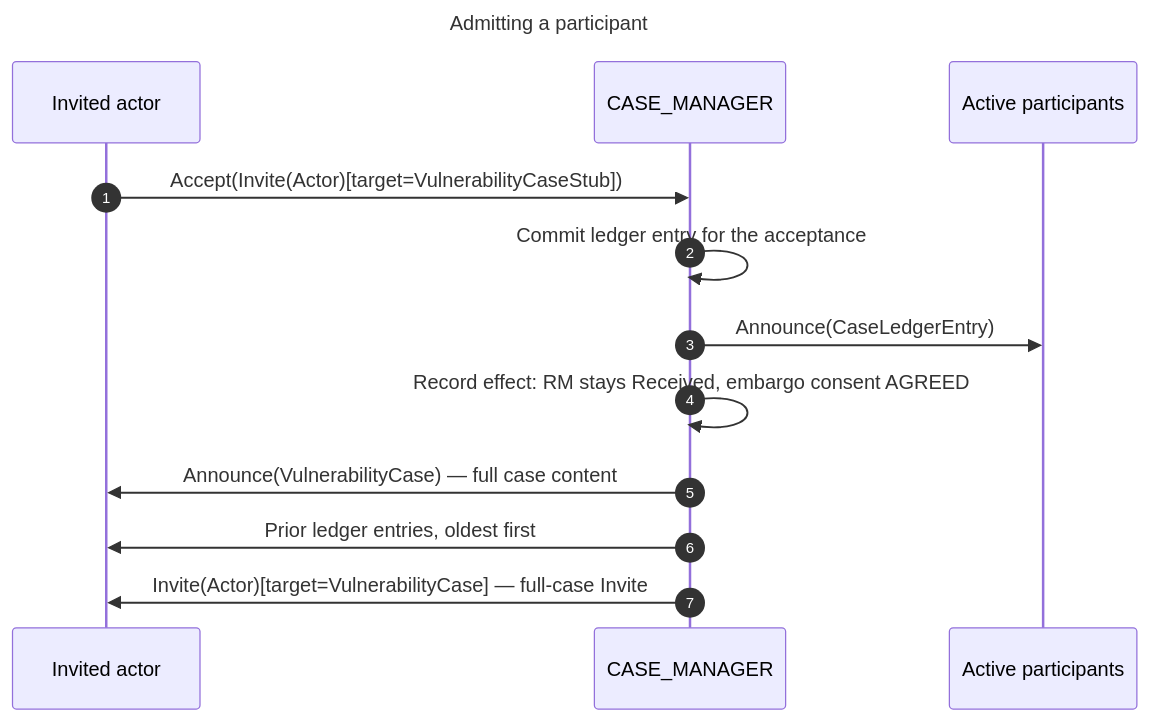
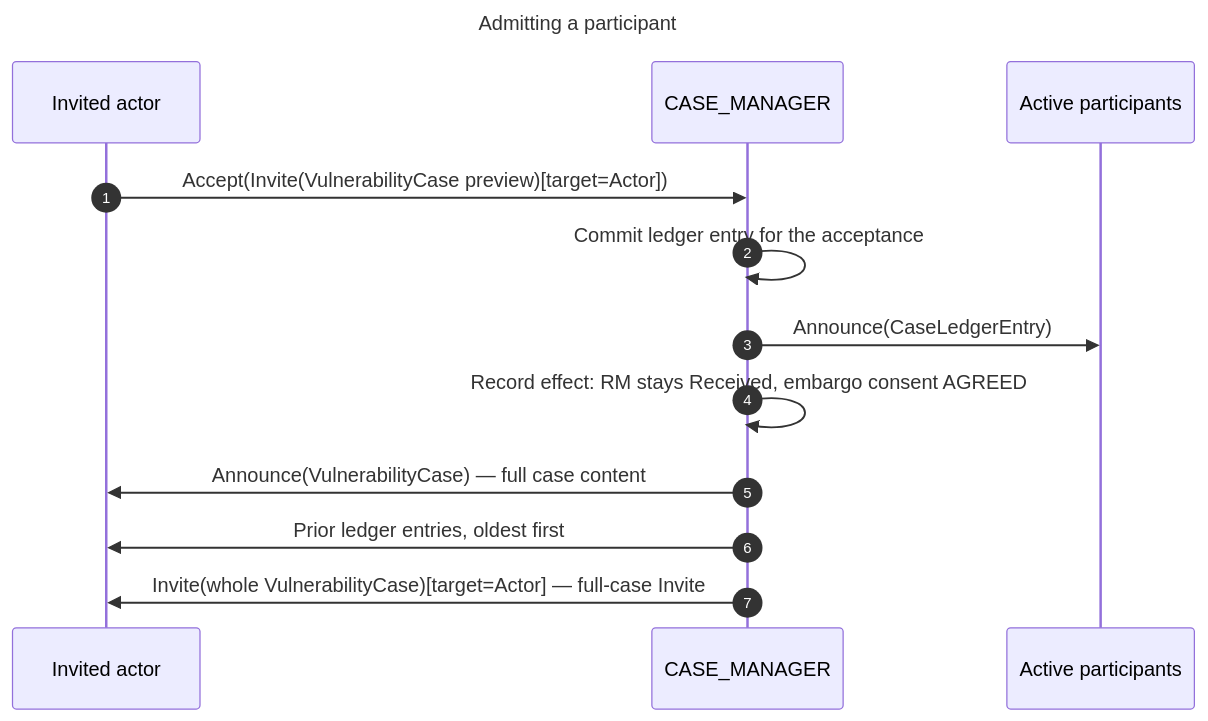
The diagram in docs/reference/vultron-spec/_model-interactions.md (CERTCC/Vultron), drawn with Mermaid before and after one commit. The commit also changed 129 other files, not shown here.

First line of the commit message:
test, docs, specs: move case Invites to AS2 slots and the stub to the preview

````diff
--- a/docs/reference/vultron-spec/_model-interactions.md
+++ b/docs/reference/vultron-spec/_model-interactions.md
@@ -22,18 +22,18 @@
 ```mermaid
 ---
 title: Admitting a participant
 ---
 sequenceDiagram
     autonumber
     participant I as Invited actor
     participant CM as CASE_MANAGER
     participant P as Active participants
 
-    I->>CM: Accept(Invite(Actor)[target=VulnerabilityCaseStub])
+    I->>CM: Accept(Invite(VulnerabilityCase preview)[target=Actor])
     CM->>CM: Commit ledger entry for the acceptance
     CM->>P: Announce(CaseLedgerEntry)
     CM->>CM: Record effect: RM stays Received, embargo consent AGREED
     CM->>I: Announce(VulnerabilityCase) — full case content
     CM->>I: Prior ledger entries, oldest first
-    CM->>I: Invite(Actor)[target=VulnerabilityCase] — full-case Invite
+    CM->>I: Invite(whole VulnerabilityCase)[target=Actor] — full-case Invite
 ```
````
